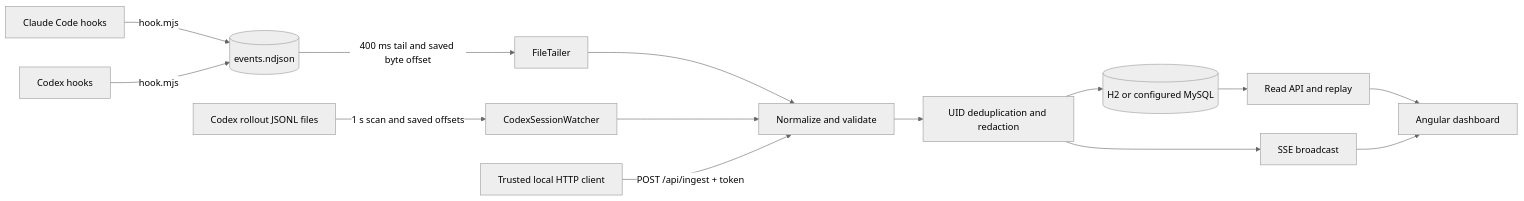
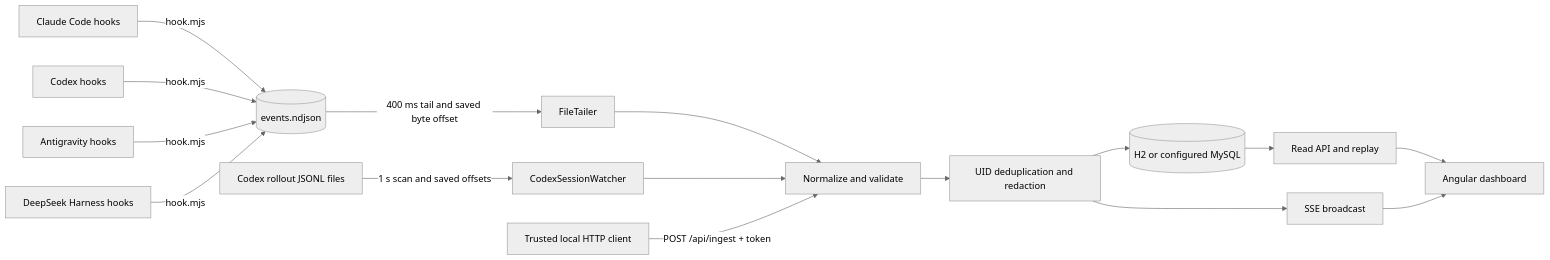
The diagram in docs/ARCHITECTURE.md (FerS00/Overseer), drawn with Mermaid (neutral theme) before and after one commit. The commit also changed other lines of this file and 65 other files, not shown here.

````diff
--- a/docs/ARCHITECTURE.md
+++ b/docs/ARCHITECTURE.md
@@ -7,16 +7,18 @@
 ```mermaid
 flowchart LR
     CH[Claude Code hooks] -->|hook.mjs| ND[(events.ndjson)]
     XH[Codex hooks] -->|hook.mjs| ND
+    AH[Antigravity hooks] -->|hook.mjs| ND
+    DH[DeepSeek Harness hooks] -->|hook.mjs| ND
     ND -->|400 ms tail and saved byte offset| FT[FileTailer]
     XR[Codex rollout JSONL files] -->|1 s scan and saved offsets| CW[CodexSessionWatcher]
     FT --> N[Normalize and validate]
     CW --> N
     LC[Trusted local HTTP client] -->|POST /api/ingest + token| N
     N --> D[UID deduplication and redaction]
     D --> DB[(H2 or configured MySQL)]
     D --> SS[SSE broadcast]
     DB --> REST[Read API and replay]
     REST --> UI[Angular dashboard]
     SS --> UI
 ```
````
